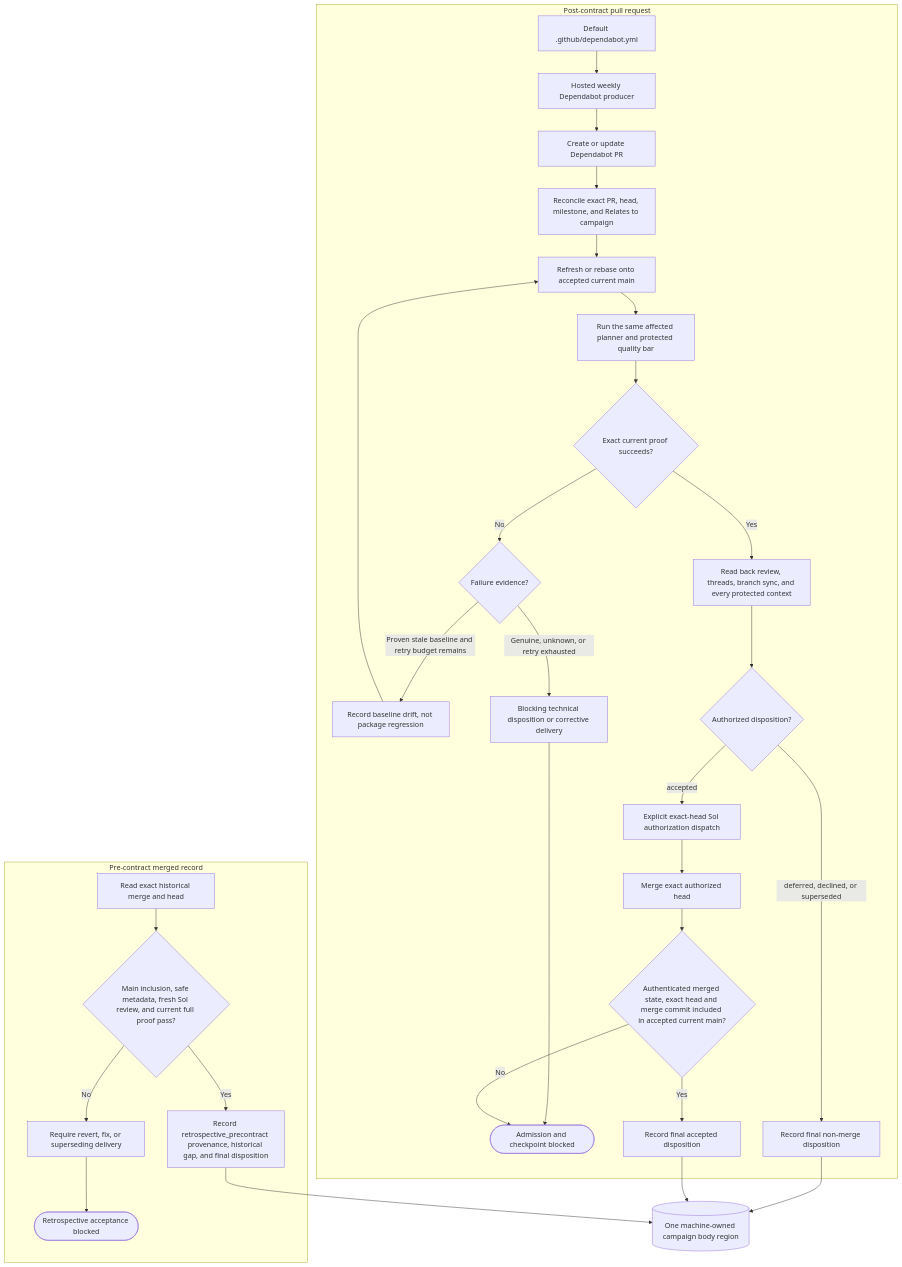
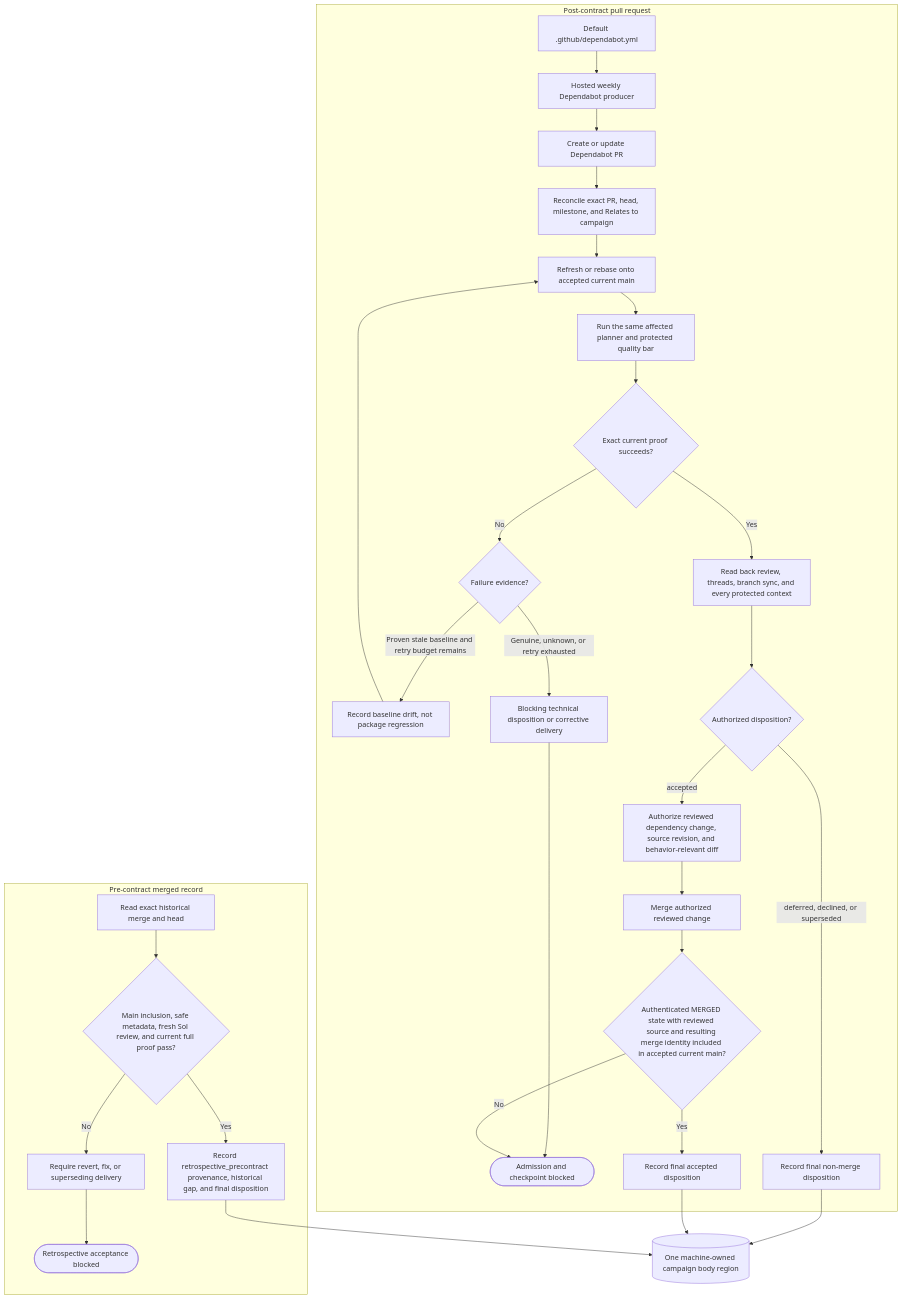
Diagram 28 of 31 in docs/v050-release-architecture.md (styler-ai/ProjectAtlas), drawn with Mermaid before and after one commit. The commit also changed other lines of this file and 8 other files, not shown here.

First line of the commit message:
docs(issueops): bind dependency proof to reviewed changes

````diff
--- a/docs/v050-release-architecture.md
+++ b/docs/v050-release-architecture.md
@@ -440,34 +440,34 @@
 ```mermaid
 flowchart TB
     subgraph PostContract[Post-contract pull request]
         Config[Default .github/dependabot.yml] --> Hosted[Hosted weekly Dependabot producer]
         Hosted --> PullRequest[Create or update Dependabot PR]
         PullRequest --> Intake[Reconcile exact PR, head, milestone, and Relates to campaign]
         Intake --> Refresh[Refresh or rebase onto accepted current main]
         Refresh --> SharedCI[Run the same affected planner and protected quality bar]
         SharedCI --> CurrentProof{Exact current proof succeeds?}
         CurrentProof -- No --> FailureBasis{Failure evidence?}
         FailureBasis -- Proven stale baseline and retry budget remains --> Drift[Record baseline drift, not package regression]
         Drift --> Refresh
         FailureBasis -- Genuine, unknown, or retry exhausted --> Technical[Blocking technical disposition or corrective delivery]
         Technical --> FutureBlock([Admission and checkpoint blocked])
         CurrentProof -- Yes --> Review[Read back review, threads, branch sync, and every protected context]
         Review --> Disposition{Authorized disposition?}
         Disposition -- deferred, declined, or superseded --> NonAccepted[Record final non-merge disposition]
-        Disposition -- accepted --> Sol[Explicit exact-head Sol authorization dispatch]
-        Sol --> Merge[Merge exact authorized head]
-        Merge --> Inclusion{Authenticated merged state, exact head and merge commit included in accepted current main?}
+        Disposition -- accepted --> Sol[Authorize reviewed dependency change, source revision, and behavior-relevant diff]
+        Sol --> Merge[Merge authorized reviewed change]
+        Merge --> Inclusion{Authenticated MERGED state with reviewed source and resulting merge identity included in accepted current main?}
         Inclusion -- No --> FutureBlock
         Inclusion -- Yes --> Accepted[Record final accepted disposition]
     end
     NonAccepted --> Inventory[(One machine-owned campaign body region)]
     Accepted --> Inventory
 
     subgraph PreContract[Pre-contract merged record]
         Historical[Read exact historical merge and head] --> Retrospective{Main inclusion, safe metadata, fresh Sol review, and current full proof pass?}
         Retrospective -- No --> Corrective[Require revert, fix, or superseding delivery]
         Corrective --> RetroBlock([Retrospective acceptance blocked])
         Retrospective -- Yes --> RetroRecord[Record retrospective_precontract provenance, historical gap, and final disposition]
     end
     RetroRecord --> Inventory
 ```
````
